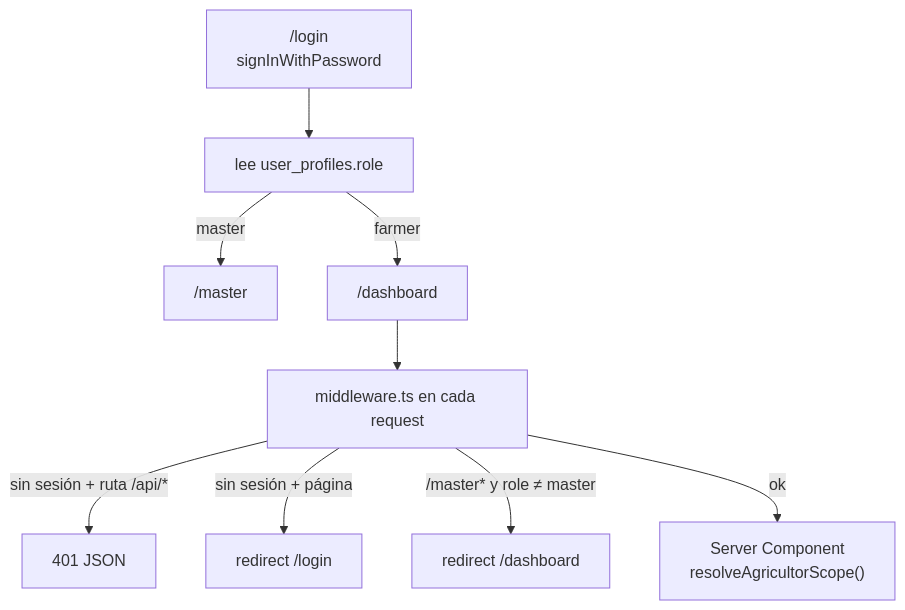
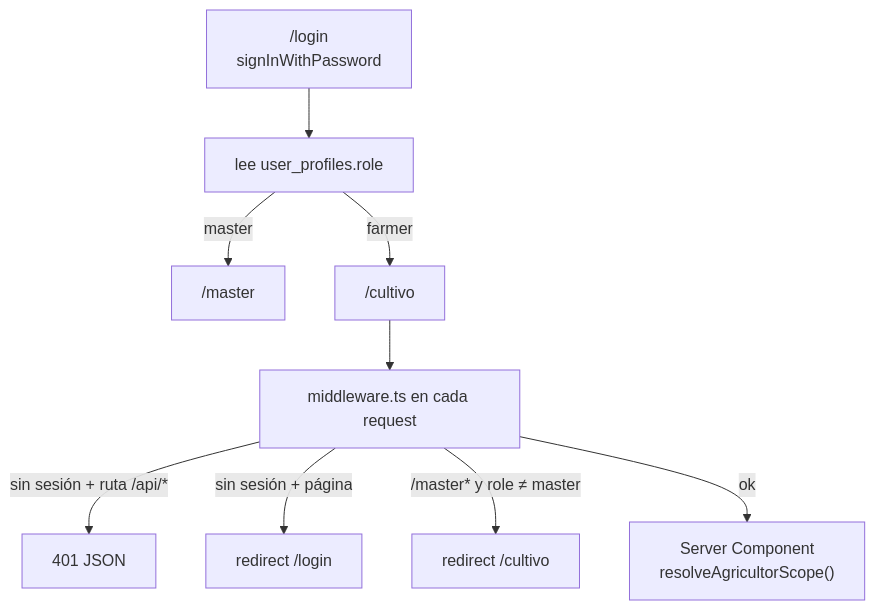
The second of 2 diagrams in README.md (ACifuentesH/hub-agricultores), drawn with Mermaid before and after one commit. The commit also changed other lines of this file and 19 other files, not shown here.

````diff
--- a/README.md
+++ b/README.md
@@ -434,11 +431,11 @@
 ```mermaid
 flowchart TD
     L["/login<br/>signInWithPassword"] --> P["lee user_profiles.role"]
     P -->|master| M["/master"]
-    P -->|farmer| D["/dashboard"]
+    P -->|farmer| D["/cultivo"]
     D --> MW["middleware.ts en cada request"]
     MW -->|"sin sesión + ruta /api/*"| J["401 JSON"]
     MW -->|"sin sesión + página"| RL["redirect /login"]
-    MW -->|"/master* y role ≠ master"| RD["redirect /dashboard"]
+    MW -->|"/master* y role ≠ master"| RD["redirect /cultivo"]
     MW -->|ok| RSC["Server Component<br/>resolveAgricultorScope()"]
 ```
````
